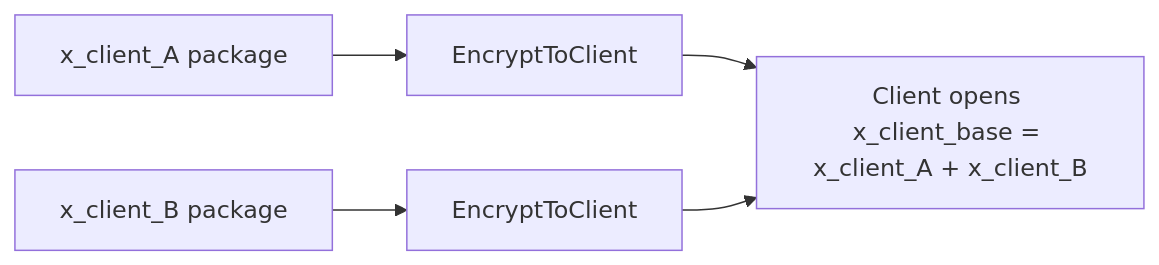
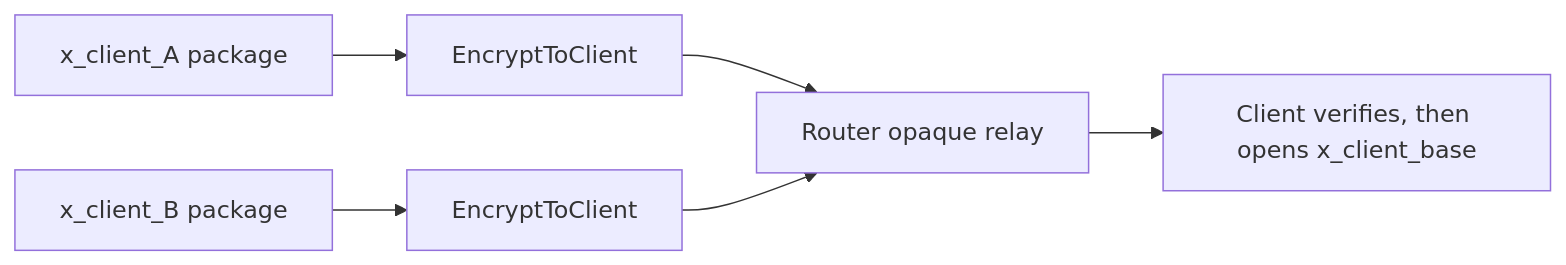
Before and after one commit to seams-tech/seams-sdk: diagram 11 of 22 in docs/router-a-b-SPEC.md, drawn with Mermaid. The commit also changed other lines of this file and 48 other files, not shown here.

````diff
--- a/docs/router-a-b-SPEC.md
+++ b/docs/router-a-b-SPEC.md
@@ -586,7 +590,8 @@
 ```mermaid
 flowchart LR
   ACA["x_client_A package"] --> EA["EncryptToClient"]
   BCB["x_client_B package"] --> EB["EncryptToClient"]
-  EA --> C["Client opens x_client_base = x_client_A + x_client_B"]
-  EB --> C
+  EA --> R["Router opaque relay"]
+  EB --> R
+  R --> C["Client verifies, then opens x_client_base"]
 ```
````
